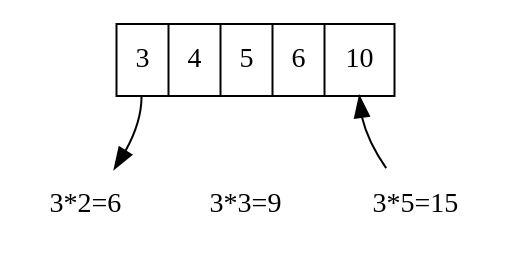
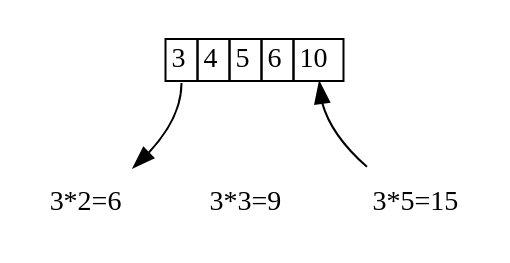
The diagram in others/preface/img/q3.dot (liuxinyu95/AlgoXY), drawn with Graphviz before and after one commit. The commit also changed 7 other files, not shown here.

```diff
--- a/others/preface/img/q3.dot
+++ b/others/preface/img/q3.dot
@@ -1,12 +1,14 @@
 digraph G{
 	margin="0"
-	node[shape=record]
-	n[label="<head> 3|4|5|6|<tail> 10"];
-	x1[label="3*2=6", shape=none];
-	x2[label="3*3=9", shape=none];
-	x3[label="3*5=15", shape=none];
+	node[shape=plaintext]
+	n[shape=plaintext,
+      label=<<table BORDER="0" CELLBORDER="1" CELLSPACING="0">
+      <tr><td port="head">3</td><td>4</td><td>5</td><td>6</td><td port="tail">10</td></tr></table>>]
+	x1[label="3*2=6", style=filled, color=white];
+	x2[label="3*3=9", style=filled, color=white];
+	x3[label="3*5=15", style=filled, color=white];
 	n:head->x1;
 	x1->x2->x3[style=invis];
 	x3->n:tail;
 	{rank = same; x1; x2; x3}
 }
```
